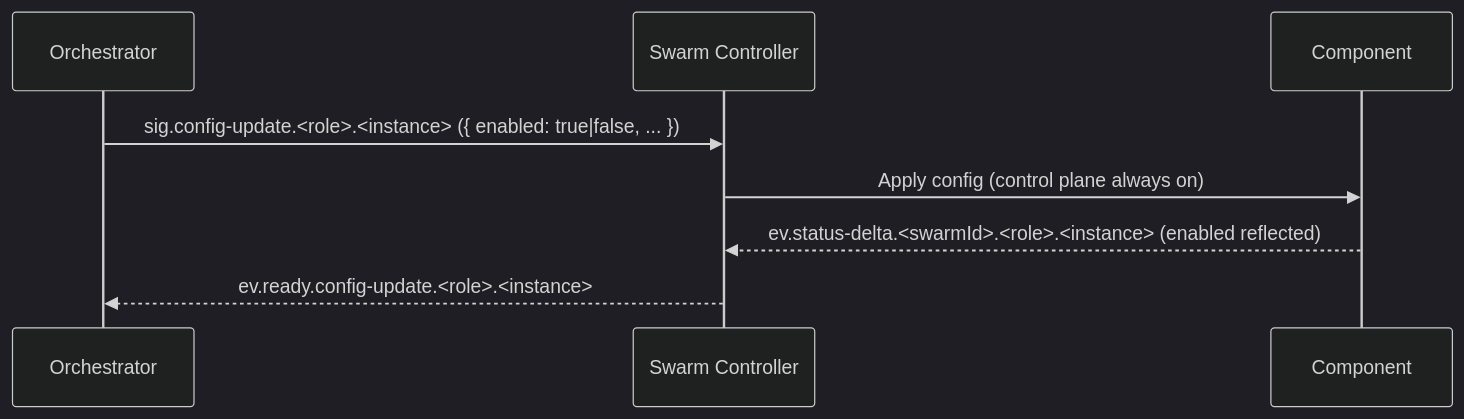
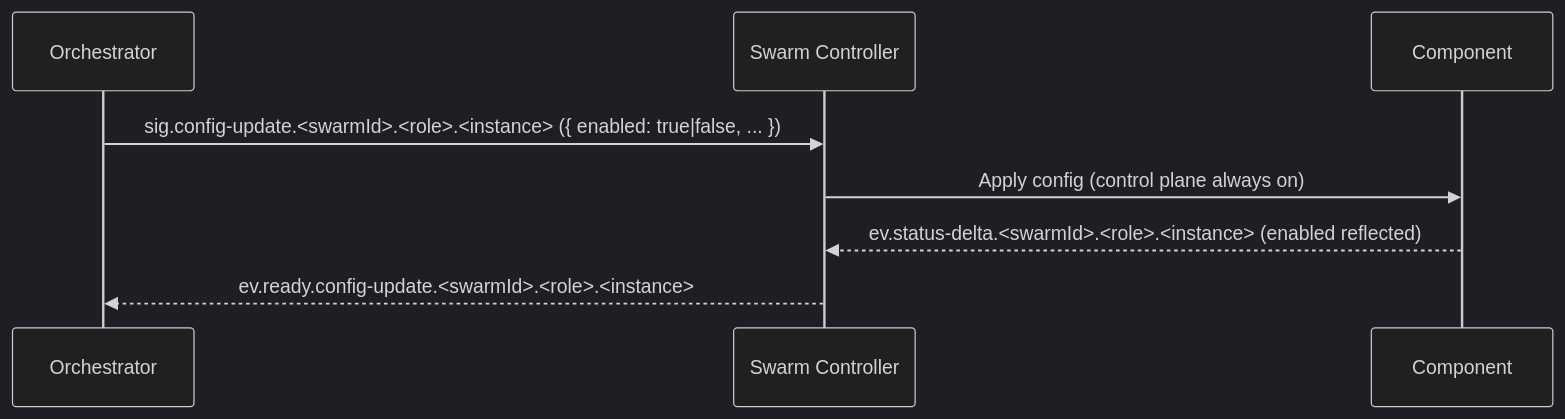
Before and after one commit to sepa79/PocketHive: the third of 8 diagrams in docs/ARCHITECTURE.md, drawn with Mermaid (dark theme). The commit also changed other lines of this file and 29 other files, not shown here.

````diff
--- a/docs/ARCHITECTURE.md
+++ b/docs/ARCHITECTURE.md
@@ -187,11 +194,11 @@
 ```mermaid
 sequenceDiagram
   participant QN as Orchestrator
   participant MSH as Swarm Controller
   participant CMP as Component
 
-  QN->>MSH: sig.config-update.<role>.<instance> ({ enabled: true|false, ... })
+  QN->>MSH: sig.config-update.<swarmId>.<role>.<instance> ({ enabled: true|false, ... })
   MSH->>CMP: Apply config (control plane always on)
   CMP-->>MSH: ev.status-delta.<swarmId>.<role>.<instance> (enabled reflected)
-  MSH-->>QN: ev.ready.config-update.<role>.<instance>
+  MSH-->>QN: ev.ready.config-update.<swarmId>.<role>.<instance>
 ```
````
